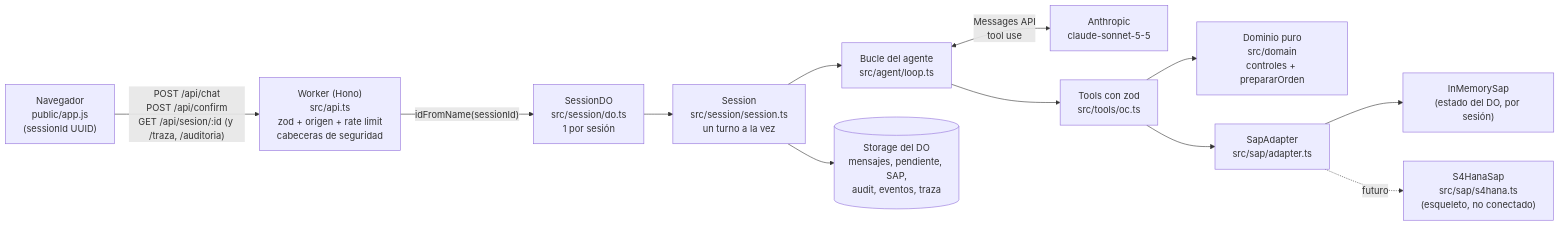
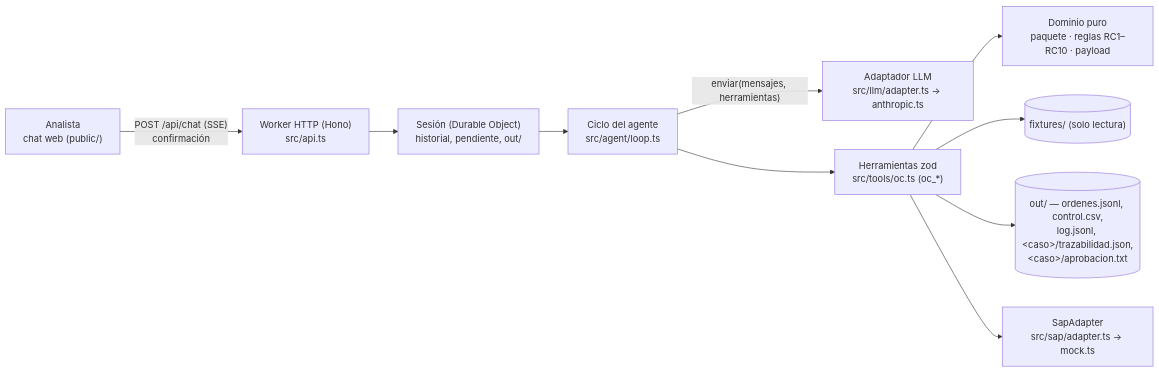
The diagram in SOLUCION.md (JuanColoradoV/reto-03-agente-oc), drawn with Mermaid before and after one commit. The commit also changed other lines of this file and 52 other files, not shown here.

Commit message:
SOLUCION.md con la estructura del PRD (12 secciones) y tope de gasto de la demo en 2 USD/día

````diff
--- a/SOLUCION.md
+++ b/SOLUCION.md
@@ -11,14 +14,12 @@
 ```mermaid
 flowchart LR
-  B["Navegador<br/>public/app.js<br/>(sessionId UUID)"] -->|"POST /api/chat<br/>POST /api/confirm<br/>GET /api/sesion/:id (y /traza, /auditoria)"| W["Worker (Hono)<br/>src/api.ts<br/>zod + origen + rate limit<br/>cabeceras de seguridad"]
-  W -->|"idFromName(sessionId)"| SDO["SessionDO<br/>src/session/do.ts<br/>1 por sesión"]
-  SDO --> S["Session<br/>src/session/session.ts<br/>un turno a la vez"]
-  S --> L["Bucle del agente<br/>src/agent/loop.ts"]
-  L <-->|"Messages API<br/>tool use"| A["Anthropic<br/>claude-sonnet-5-5"]
-  L --> T["Tools con zod<br/>src/tools/oc.ts"]
-  T --> D["Dominio puro<br/>src/domain<br/>controles + prepararOrden"]
-  T --> SAP["SapAdapter<br/>src/sap/adapter.ts"]
-  SAP --> M["InMemorySap<br/>(estado del DO, por sesión)"]
-  SAP -.->|"futuro"| R["S4HanaSap<br/>src/sap/s4hana.ts<br/>(esqueleto, no conectado)"]
-  S --> ST[("Storage del DO<br/>mensajes, pendiente, SAP,<br/>audit, eventos, traza")]
+  U["Analista<br/>chat web (public/)"] -->|"POST /api/chat (SSE)<br/>confirmación"| W["Worker HTTP (Hono)<br/>src/api.ts"]
+  W --> S["Sesión (Durable Object)<br/>historial, pendiente, out/"]
+  S --> L["Ciclo del agente<br/>src/agent/loop.ts"]
+  L -->|"enviar(mensajes, herramientas)"| A["Adaptador LLM<br/>src/llm/adapter.ts → anthropic.ts"]
+  L --> T["Herramientas zod<br/>src/tools/oc.ts (oc_*)"]
+  T --> D["Dominio puro<br/>paquete · reglas RC1–RC10 · payload"]
+  T --> F[("fixtures/ (solo lectura)")]
+  T --> O[("out/ — ordenes.jsonl, control.csv,<br/>log.jsonl, &lt;caso&gt;/trazabilidad.json,<br/>&lt;caso&gt;/aprobacion.txt")]
+  T --> SAP["SapAdapter<br/>src/sap/adapter.ts → mock.ts"]
 ```
````
